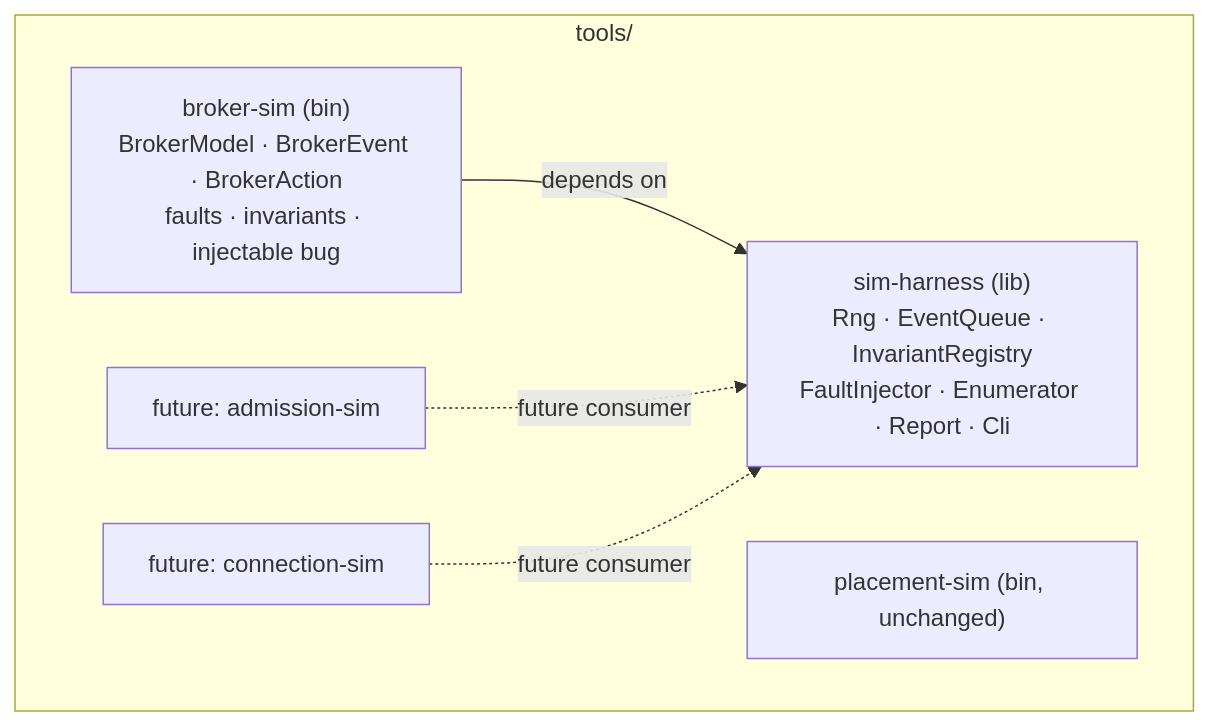
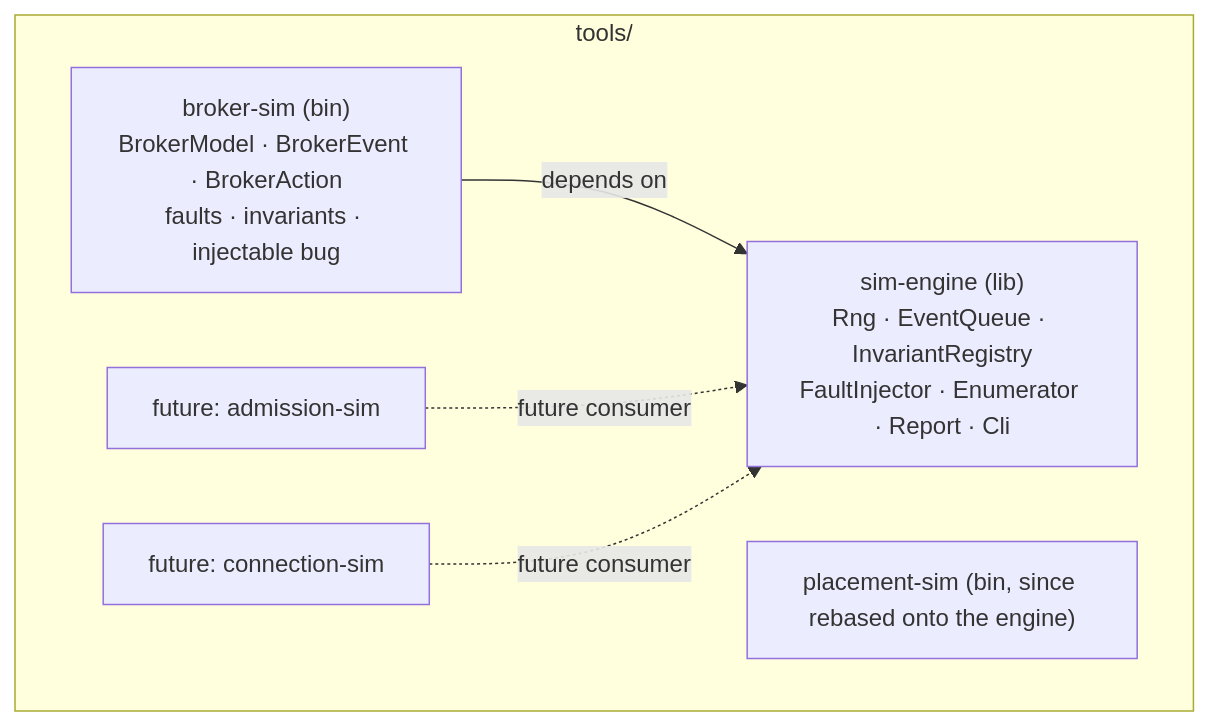
The first of 4 diagrams in .kiro/specs/delivery-broker-simulator/design.md (tokeira/tokeira), drawn with Mermaid before and after one commit. The commit also changed other lines of this file and 47 other files, not shown here.

First line of the commit message:
refactor(tools): unify simulators under tools/simulation, rebase placement onto shared engine

````diff
--- a/.kiro/specs/delivery-broker-simulator/design.md
+++ b/.kiro/specs/delivery-broker-simulator/design.md
@@ -56,13 +56,13 @@
 ```mermaid
 flowchart TD
     subgraph tools["tools/"]
-        H["sim-harness (lib)\nRng · EventQueue · InvariantRegistry\nFaultInjector · Enumerator · Report · Cli"]
+        H["sim-engine (lib)\nRng · EventQueue · InvariantRegistry\nFaultInjector · Enumerator · Report · Cli"]
         B["broker-sim (bin)\nBrokerModel · BrokerEvent · BrokerAction\nfaults · invariants · injectable bug"]
-        P["placement-sim (bin, unchanged)"]
+        P["placement-sim (bin, since rebased onto the engine)"]
         FA["future: admission-sim"]
         FC["future: connection-sim"]
     end
     B -->|depends on| H
     FA -.->|future consumer| H
     FC -.->|future consumer| H
 ```
````
